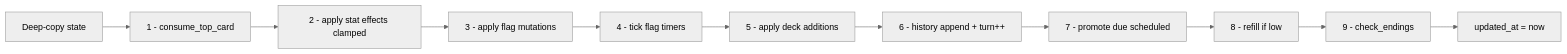
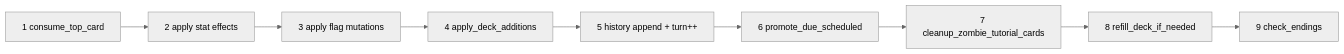
One commit to Scarred95/FATCHAD changed the fourth of 5 diagrams in documentation/backend_documentation/GAME_FLOW.md. Above: the diagram before and after it, drawn with Mermaid (neutral theme). The commit also changed other lines of this file and 12 other files, not shown here.

First line of the commit message:
docs: restructure doc-set, accuracy audit + guest flow

````diff
--- a/documentation/backend_documentation/GAME_FLOW.md
+++ b/documentation/backend_documentation/GAME_FLOW.md
@@ -104,13 +119,11 @@
 ```mermaid
 flowchart LR
-    S0[Deep-copy state] --> S1[1 - consume_top_card]
-    S1 --> S2[2 - apply stat effects clamped]
-    S2 --> S3[3 - apply flag mutations]
-    S3 --> S4[4 - tick flag timers]
-    S4 --> S5[5 - apply deck additions]
-    S5 --> S6[6 - history append + turn++]
-    S6 --> S7[7 - promote due scheduled]
-    S7 --> S8[8 - refill if low]
-    S8 --> S9[9 - check_endings]
-    S9 --> S10[updated_at = now]
+    S1[1 consume_top_card] --> S2[2 apply stat effects]
+    S2 --> S3[3 apply flag mutations]
+    S3 --> S4[4 apply_deck_additions]
+    S4 --> S5[5 history append + turn++]
+    S5 --> S6[6 promote_due_scheduled]
+    S6 --> S7[7 cleanup_zombie_tutorial_cards]
+    S7 --> S8[8 refill_deck_if_needed]
+    S8 --> S9[9 check_endings]
 ```
````
